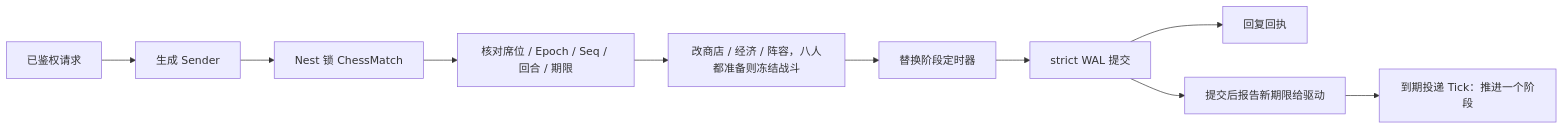
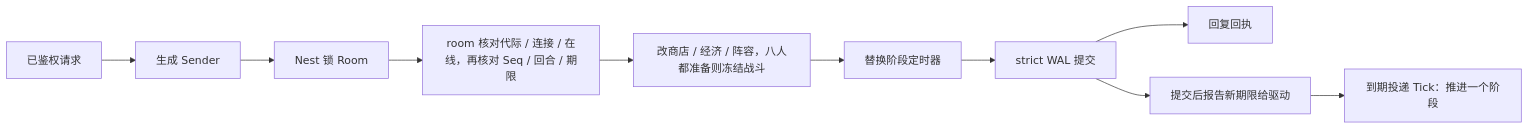
One commit to tjbdwanghaibo/roost-core changed the first of 2 diagrams in docs/framework/AUTO-CHESS-INTEGRATION.md. Above: the diagram before and after it, drawn with Mermaid. The commit also changed other lines of this file and 33 other files, not shown here.

````diff
--- a/docs/framework/AUTO-CHESS-INTEGRATION.md
+++ b/docs/framework/AUTO-CHESS-INTEGRATION.md
@@ -26,12 +30,12 @@
 ```mermaid
 flowchart LR
     A[已鉴权请求] --> B[生成 Sender]
-    B --> C[Nest 锁 ChessMatch]
-    C --> D[核对席位 / Epoch / Seq / 回合 / 期限]
+    B --> C[Nest 锁 Room]
+    C --> D[room 核对代际 / 连接 / 在线，再核对 Seq / 回合 / 期限]
     D --> E[改商店 / 经济 / 阵容，八人都准备则冻结战斗]
     E --> F[替换阶段定时器]
     F --> G[strict WAL 提交]
     G --> H[回复回执]
     G --> I[提交后报告新期限给驱动]
     I --> J[到期投递 Tick：推进一个阶段]
 ```
````
